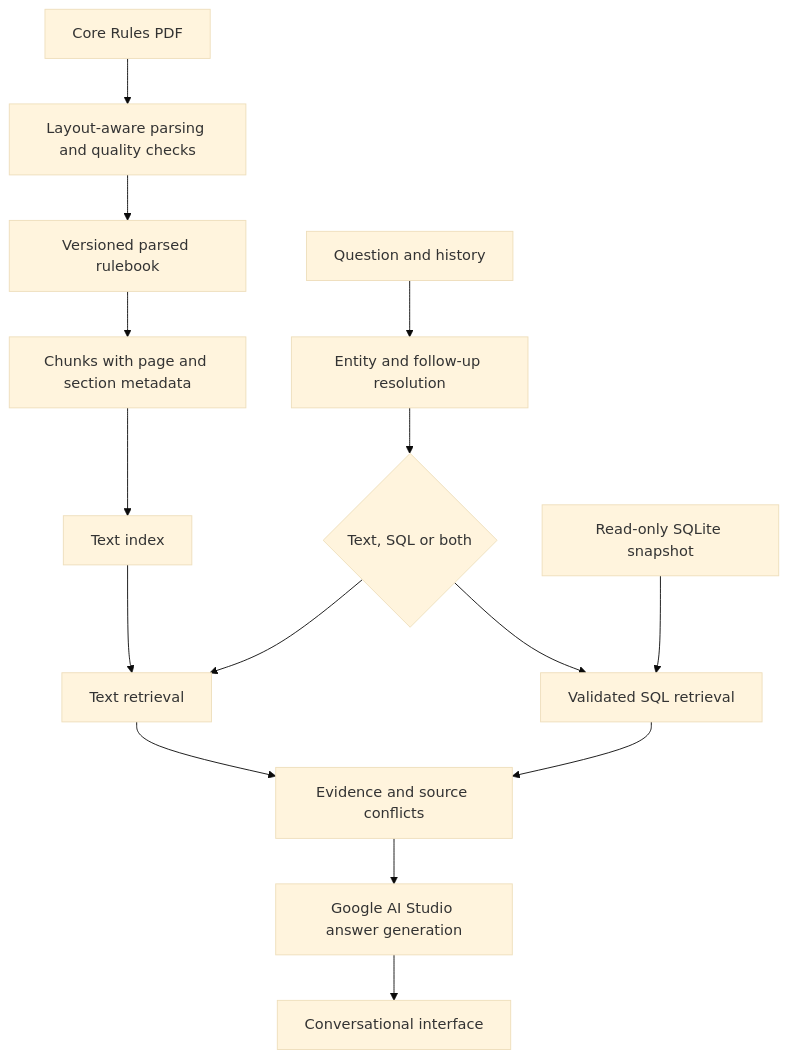
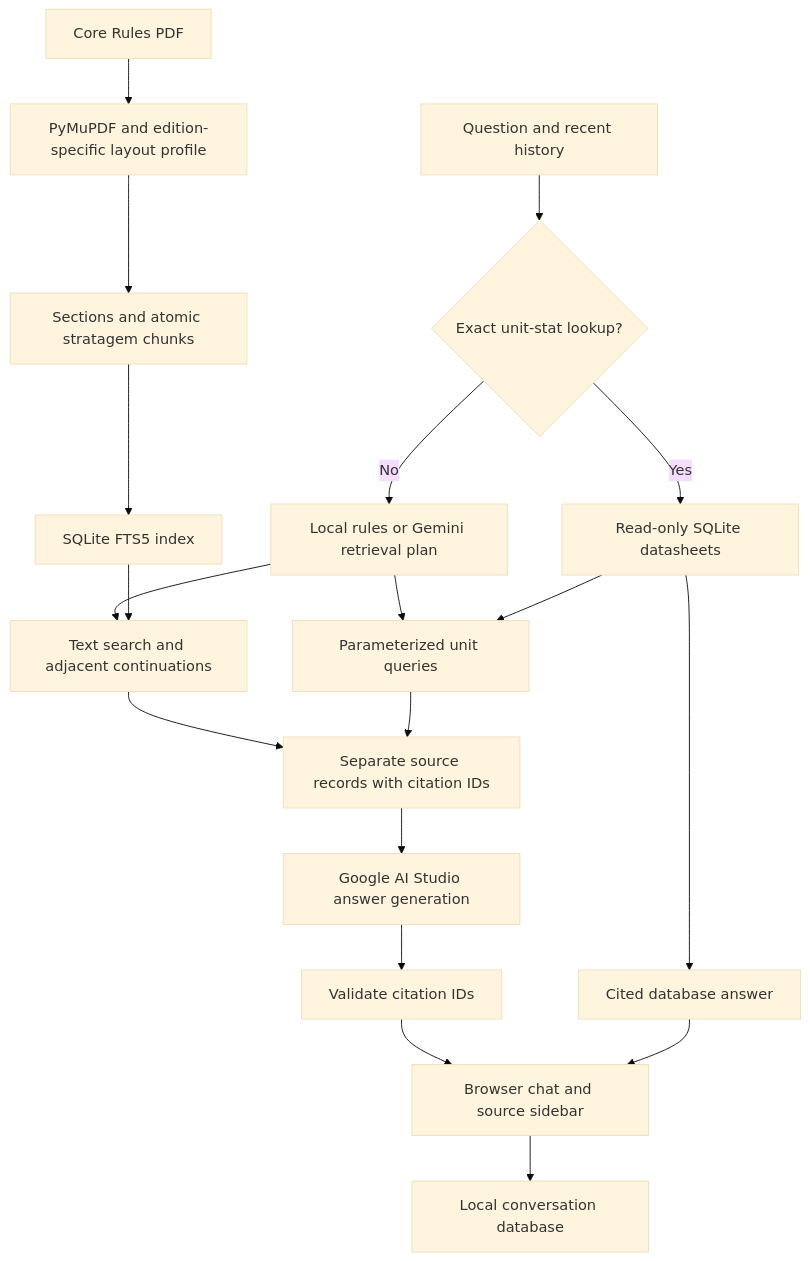
The diagram in docs/architecture.md (ebi-shirinbegi/warhammer-rag), drawn with Mermaid (base theme) before and after one commit. The commit also changed other lines of this file and 18 other files, not shown here.

````diff
--- a/docs/architecture.md
+++ b/docs/architecture.md
@@ -14,17 +10,21 @@
 ```mermaid
 flowchart TD
-    PDF[Core Rules PDF] --> Parse[Layout-aware parsing and quality checks]
-    Parse --> Parsed[Versioned parsed rulebook]
-    Parsed --> Chunk[Chunks with page and section metadata]
-    Chunk --> Index[Text index]
-    Query[Question and history] --> Resolve[Entity and follow-up resolution]
-    Resolve --> Route{Text, SQL or both}
-    Route --> Text[Text retrieval]
+    PDF[Core Rules PDF] --> Parse[PyMuPDF and edition-specific layout profile]
+    Parse --> Chunks[Sections and atomic stratagem chunks]
+    Chunks --> Index[SQLite FTS5 index]
+    Query[Question and recent history] --> Direct{Exact unit-stat lookup?}
+    Direct -->|Yes| DB[Read-only SQLite datasheets]
+    DB --> Verified[Cited database answer]
+    Direct -->|No| Plan[Local rules or Gemini retrieval plan]
+    Plan --> Text[Text search and adjacent continuations]
+    Plan --> Units[Parameterized unit queries]
     Index --> Text
-    Route --> SQL[Validated SQL retrieval]
-    DB[Read-only SQLite snapshot] --> SQL
-    Text --> Evidence[Evidence and source conflicts]
-    SQL --> Evidence
-    Evidence --> Answer[Google AI Studio answer generation]
-    Answer --> UI[Conversational interface]
+    DB --> Units
+    Text --> Evidence[Separate source records with citation IDs]
+    Units --> Evidence
+    Evidence --> Gemini[Google AI Studio answer generation]
+    Gemini --> Validate[Validate citation IDs]
+    Validate --> UI[Browser chat and source sidebar]
+    Verified --> UI
+    UI --> History[Local conversation database]
 ```
````
